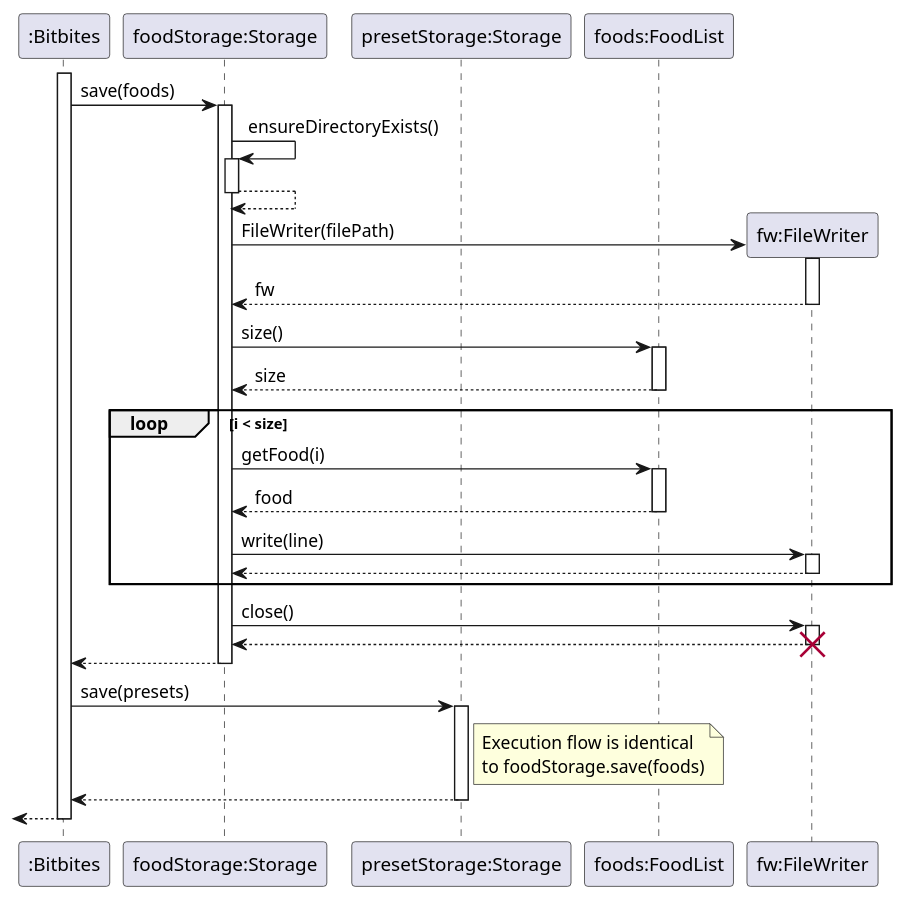
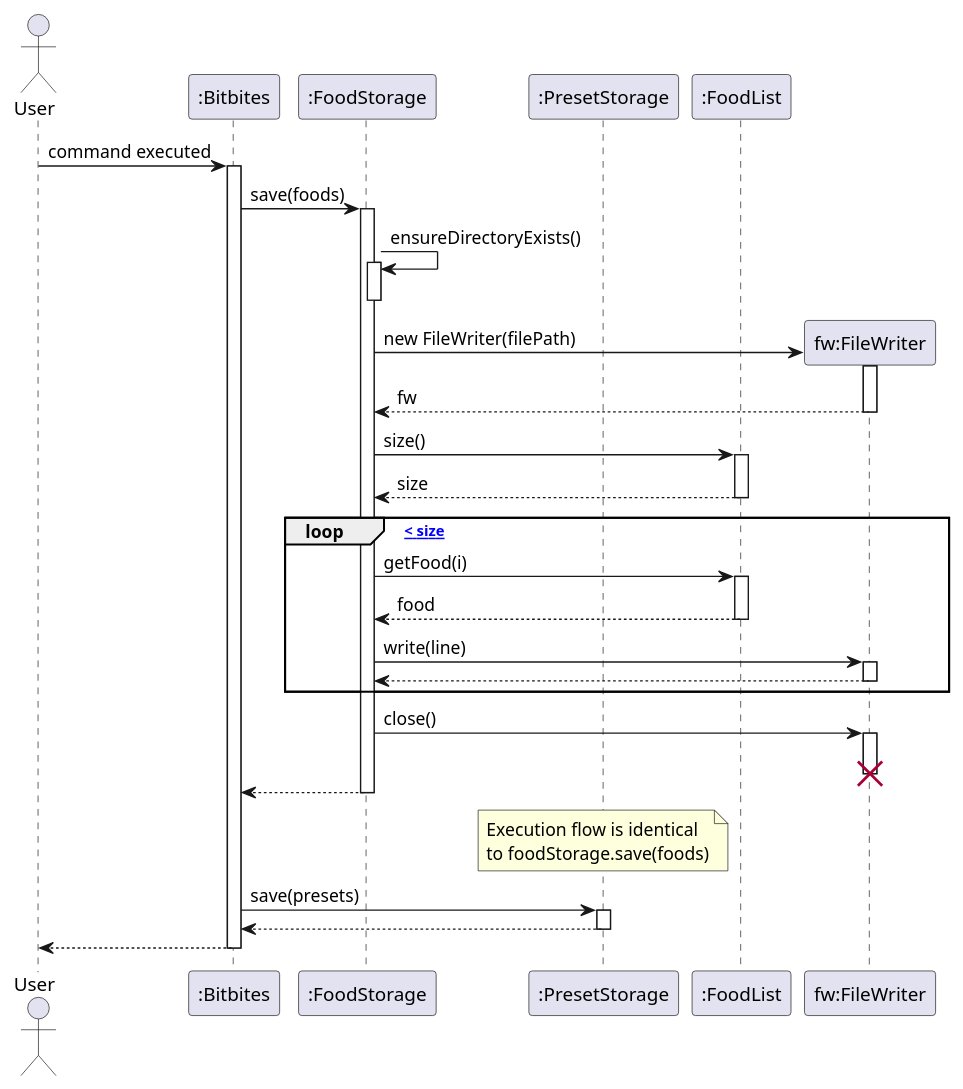
One commit to bryanyeo3125/tp changed the diagram in docs/uml/storageSave.puml. Above: the diagram before and after it, drawn with PlantUML. The commit also changed 31 other files, not shown here.

```diff
--- a/docs/uml/storageSave.puml
+++ b/docs/uml/storageSave.puml
@@ -1,60 +1,58 @@
 @startuml
-skinparam ArrowFontStyle normal
-
+actor User
 participant ":Bitbites" as Bitbites
-participant "foodStorage:Storage" as FoodStorage
-participant "presetStorage:Storage" as PresetStorage
-participant "foods:FoodList" as FoodList
+participant ":FoodStorage" as FoodStorage
+participant ":PresetStorage" as PresetStorage
+participant ":FoodList" as FoodList
 participant "fw:FileWriter" as FileWriter
 
+User -> Bitbites : command executed
 activate Bitbites
 
 Bitbites -> FoodStorage : save(foods)
 activate FoodStorage
 
 FoodStorage -> FoodStorage : ensureDirectoryExists()
 activate FoodStorage
-FoodStorage --> FoodStorage
 deactivate FoodStorage
 
 create FileWriter
-FoodStorage -> FileWriter : FileWriter(filePath)
+FoodStorage -> FileWriter : new FileWriter(filePath)
 activate FileWriter
 FileWriter --> FoodStorage : fw
 deactivate FileWriter
 
 FoodStorage -> FoodList : size()
 activate FoodList
 FoodList --> FoodStorage : size
 deactivate FoodList
 
-loop i < size
-    FoodStorage -> FoodList : getFood(i)
-    activate FoodList
-    FoodList --> FoodStorage : food
-    deactivate FoodList
+loop [i < size]
+  FoodStorage -> FoodList : getFood(i)
+  activate FoodList
+  FoodList --> FoodStorage : food
+  deactivate FoodList
 
-    FoodStorage -> FileWriter : write(line)
-    activate FileWriter
-    FileWriter --> FoodStorage
-    deactivate FileWriter
+  FoodStorage -> FileWriter : write(line)
+  activate FileWriter
+  FileWriter --> FoodStorage
+  deactivate FileWriter
 end
 
 FoodStorage -> FileWriter : close()
 activate FileWriter
-FileWriter --> FoodStorage
+destroy FileWriter
 deactivate FileWriter
-destroy FileWriter
 
 FoodStorage --> Bitbites
 deactivate FoodStorage
 
+note over PresetStorage : Execution flow is identical\nto foodStorage.save(foods)
 Bitbites -> PresetStorage : save(presets)
 activate PresetStorage
-note right of PresetStorage: Execution flow is identical\nto foodStorage.save(foods)
 PresetStorage --> Bitbites
 deactivate PresetStorage
 
-<-- Bitbites
+Bitbites --> User
 deactivate Bitbites
 @enduml
```
